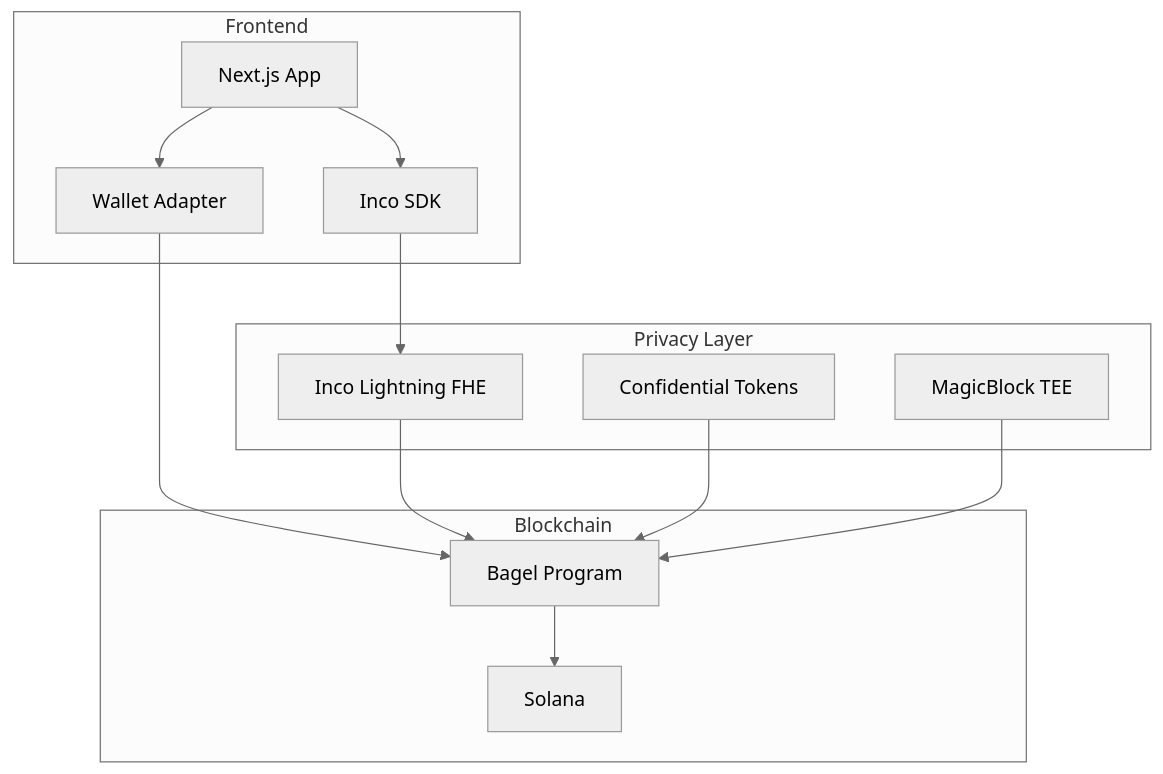
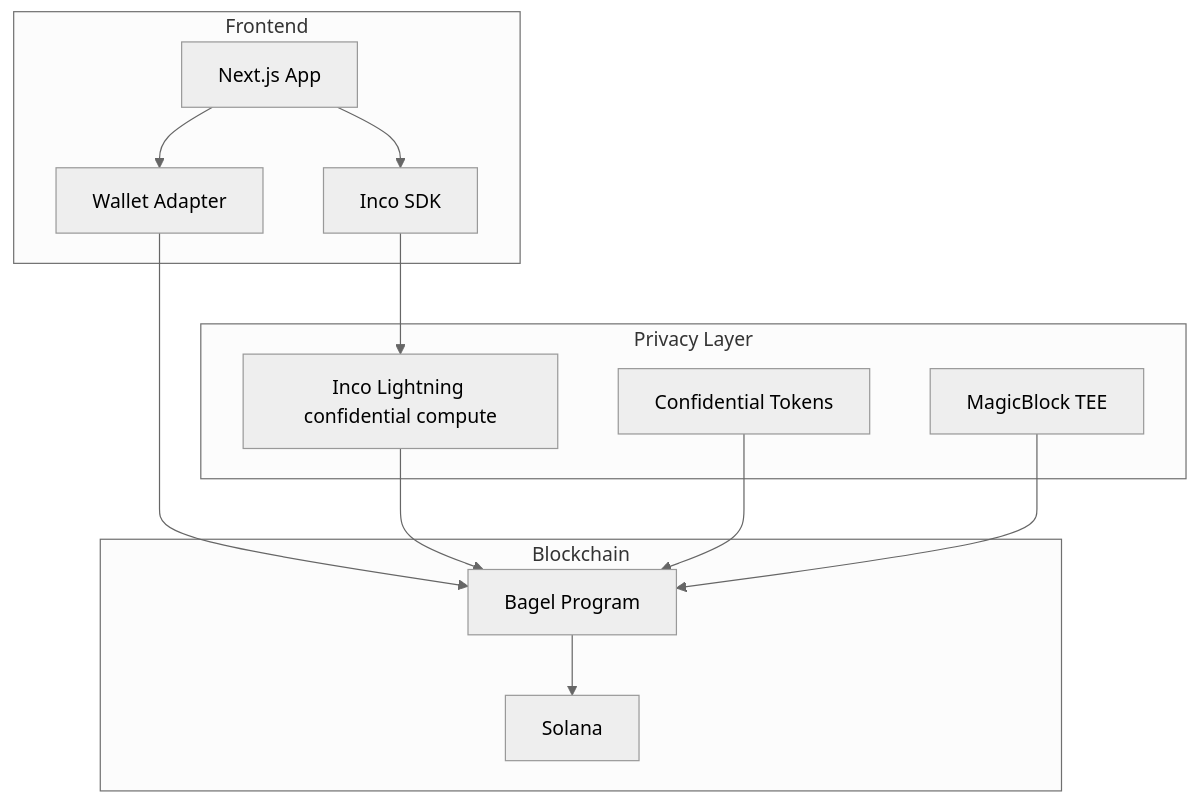
One commit to ConejoCapital/Bagel changed the diagram in docs-site/docs/intro.md. Above: the diagram before and after it, drawn with Mermaid (neutral theme). The commit also changed other lines of this file and 46 other files, not shown here.

First line of the commit message:
fix: replace FHE/homomorphic lingo with "Inco confidential compute"

````diff
--- a/docs-site/docs/intro.md
+++ b/docs-site/docs/intro.md
@@ -87,28 +87,28 @@
 ```mermaid
 graph TB
     subgraph Frontend
         A[Next.js App]
         B[Wallet Adapter]
         C[Inco SDK]
     end
 
     subgraph Privacy Layer
-        D[Inco Lightning FHE]
+        D[Inco Lightning confidential compute]
         E[Confidential Tokens]
         F[MagicBlock TEE]
     end
 
     subgraph Blockchain
         G[Bagel Program]
         H[Solana]
     end
 
     A --> B
     A --> C
     C --> D
     B --> G
     D --> G
     E --> G
     F --> G
     G --> H
 ```
````
